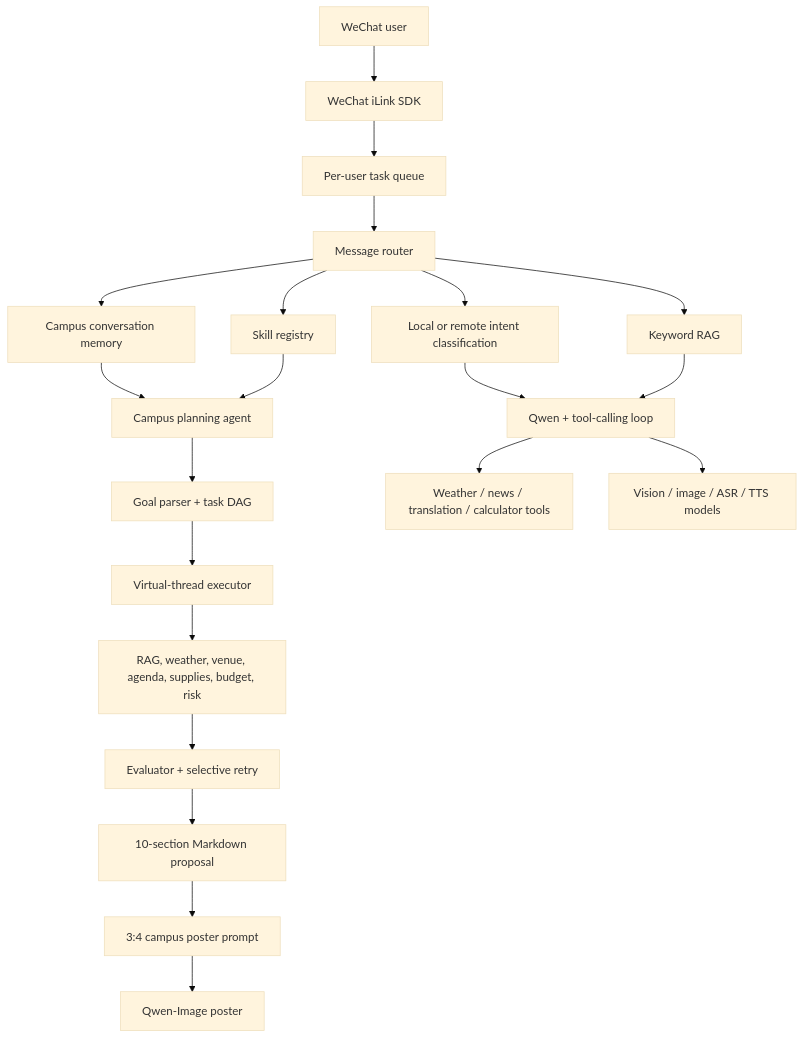
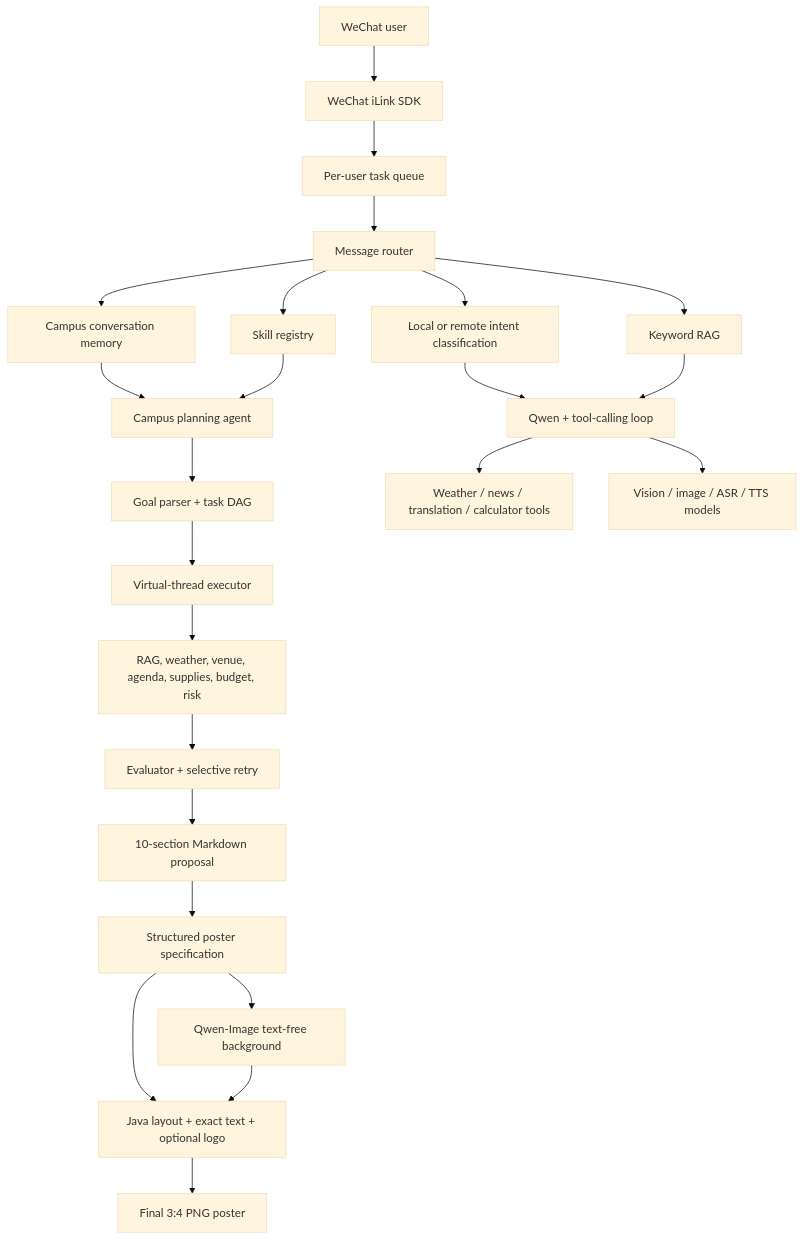
Before and after one commit to lzynb0206/CampusPilot-AI: the diagram in README.md, drawn with Mermaid (base theme). The commit also changed other lines of this file and 28 other files, not shown here.

Commit message:
模板只控制版式，背景每次由 AI 重新生成，不会复用参考图。 现在海报流程是： Qwen-Image 每次生成一张全新的无文字背景。 Java 稳定排版学校名、校徽、活动标题、日期、时间、地点和报名提示。 支持居中大标题、左对齐杂志风两套版式。 长标题自动缩放换行，长地点保持完整。 参考图只用于总结版式，不会成为运行背景。 校徽不存在时自动隐藏，不让 AI 伪造。

````diff
--- a/README.md
+++ b/README.md
@@ -64,27 +65,30 @@
 ```mermaid
 flowchart TB
     U["WeChat user"] --> SDK["WeChat iLink SDK"]
     SDK --> Q["Per-user task queue"]
     Q --> R["Message router"]
 
     R --> C["Campus conversation memory"]
     R --> S["Skill registry"]
     R --> K["Keyword RAG"]
     R --> I["Local or remote intent classification"]
 
     C --> A["Campus planning agent"]
     S --> A
     I --> L["Qwen + tool-calling loop"]
     K --> L
 
     A --> P["Goal parser + task DAG"]
     P --> E["Virtual-thread executor"]
     E --> T["RAG, weather, venue, agenda, supplies, budget, risk"]
     T --> V["Evaluator + selective retry"]
     V --> M["10-section Markdown proposal"]
-    M --> POSTER["3:4 campus poster prompt"]
-    POSTER --> IMG["Qwen-Image poster"]
+    M --> POSTER["Structured poster specification"]
+    POSTER --> BG["Qwen-Image text-free background"]
+    POSTER --> LAYOUT["Java layout + exact text + optional logo"]
+    BG --> LAYOUT
+    LAYOUT --> IMG["Final 3:4 PNG poster"]
 
     L --> W["Weather / news / translation / calculator tools"]
     L --> MM["Vision / image / ASR / TTS models"]
 ```
````
